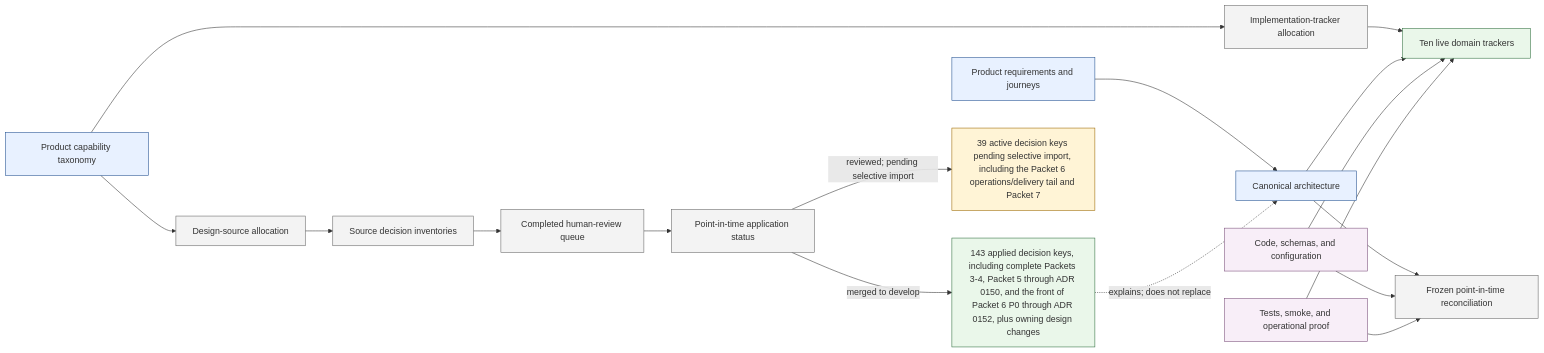
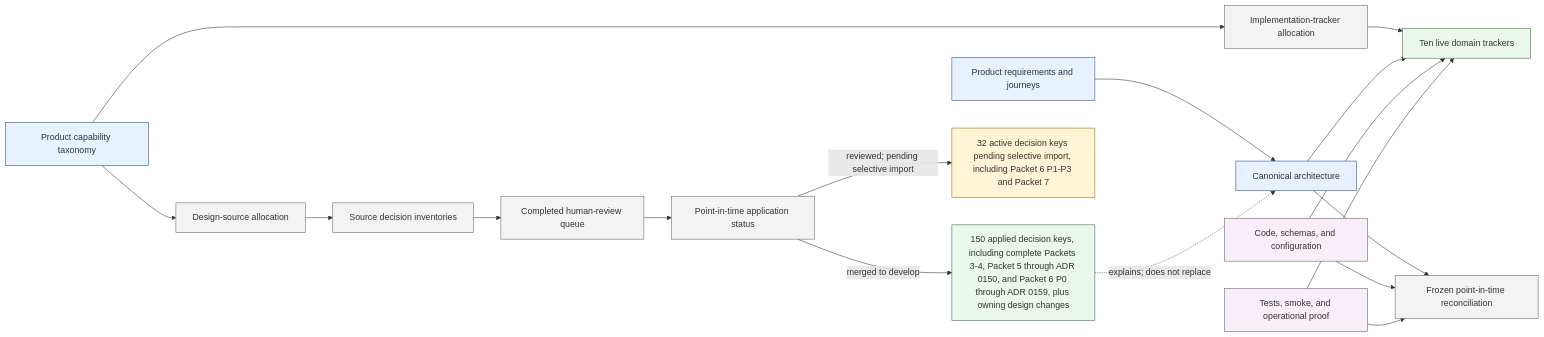
Before and after one commit to benhook1013/FireMUD: the diagram in design/project-management/design-alignment/README.md, drawn with Mermaid. The commit also changed other lines of this file and 65 other files, not shown here.

Commit message:
docs: reconcile Packet 6 recovery and observability tail

````diff
--- a/design/project-management/design-alignment/README.md
+++ b/design/project-management/design-alignment/README.md
@@ -27,27 +27,27 @@
 ```mermaid
 flowchart LR
     PRODUCT[Product requirements and journeys]:::canonical --> ARCH[Canonical architecture]:::canonical
     TAXONOMY[Product capability taxonomy]:::canonical --> DESIGN_ALLOC[Design-source allocation]:::alignment
     DESIGN_ALLOC --> SOURCE_INV[Source decision inventories]:::alignment
     SOURCE_INV --> HUMAN_QUEUE[Completed human-review queue]:::alignment
     HUMAN_QUEUE --> APPLY[Point-in-time application status]:::alignment
-    APPLY -->|merged to develop| APPLIED_DECISIONS[143 applied decision keys, including complete Packets 3-4, Packet 5 through ADR 0150, and the front of Packet 6 P0 through ADR 0152, plus owning design changes]:::status
+    APPLY -->|merged to develop| APPLIED_DECISIONS[150 applied decision keys, including complete Packets 3-4, Packet 5 through ADR 0150, and Packet 6 P0 through ADR 0159, plus owning design changes]:::status
     APPLIED_DECISIONS -. explains; does not replace .-> ARCH
-    APPLY -->|reviewed; pending selective import| PENDING[39 active decision keys pending selective import, including the Packet 6 operations/delivery tail and Packet 7]:::pending
+    APPLY -->|reviewed; pending selective import| PENDING[32 active decision keys pending selective import, including Packet 6 P1-P3 and Packet 7]:::pending
 
     TAXONOMY --> TRACKER_ALLOC[Implementation-tracker allocation]:::alignment
     TRACKER_ALLOC --> TRACKERS[Ten live domain trackers]:::status
     ARCH --> TRACKERS
     CODE[Code, schemas, and configuration]:::evidence --> TRACKERS
     PROOF[Tests, smoke, and operational proof]:::evidence --> TRACKERS
 
     ARCH --> RECON[Frozen point-in-time reconciliation]:::alignment
     CODE --> RECON
     PROOF --> RECON
 
     classDef canonical fill:#e8f1ff,stroke:#1f4f8f
     classDef alignment fill:#f3f3f3,stroke:#666
     classDef pending fill:#fff4d6,stroke:#9a6700
     classDef status fill:#eaf7ea,stroke:#2f6f3e
     classDef evidence fill:#f8eef8,stroke:#7a4e7a
 ```
````
